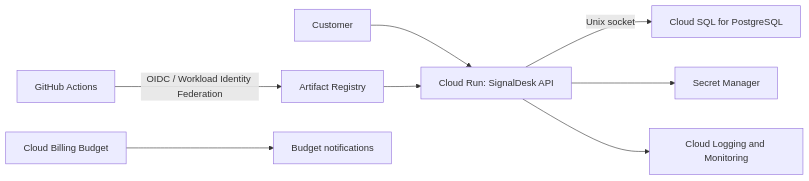
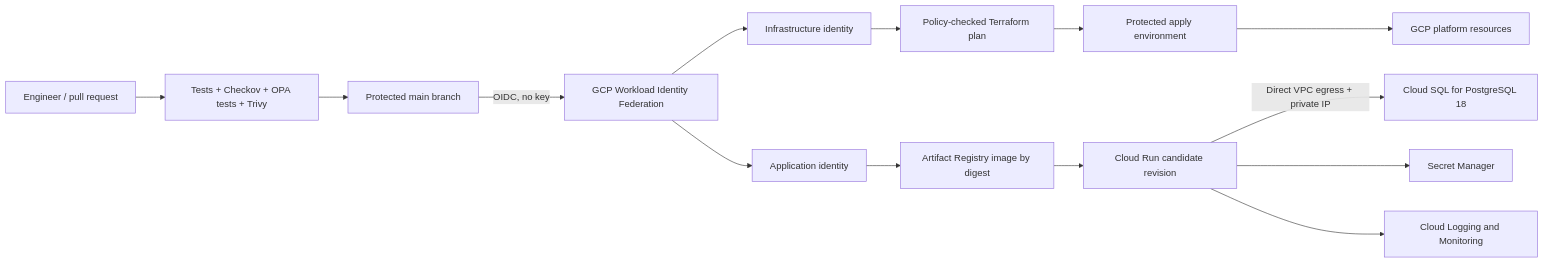
Before and after one commit to lucien95/signaldesk-cloud-launch: the diagram in README.md, drawn with Mermaid. The commit also changed other lines of this file and 40 other files, not shown here.

First line of the commit message:
Build production-grade SignalDesk cloud foundation

````diff
--- a/README.md
+++ b/README.md
@@ -27,10 +27,16 @@
 ```mermaid
 flowchart LR
-    U["Customer"] --> CR["Cloud Run: SignalDesk API"]
-    GH["GitHub Actions"] -->|"OIDC / Workload Identity Federation"| AR["Artifact Registry"]
-    AR --> CR
-    CR -->|"Unix socket"| SQL["Cloud SQL for PostgreSQL"]
+    DEV["Engineer / pull request"] --> GATES["Tests + Checkov + OPA tests + Trivy"]
+    GATES --> MAIN["Protected main branch"]
+    MAIN -->|"OIDC, no key"| WIF["GCP Workload Identity Federation"]
+    WIF --> TF["Infrastructure identity"]
+    WIF --> APP["Application identity"]
+    TF --> PLAN["Policy-checked Terraform plan"]
+    PLAN --> APPROVAL["Protected apply environment"]
+    APPROVAL --> GCP["GCP platform resources"]
+    APP --> AR["Artifact Registry image by digest"]
+    AR --> CR["Cloud Run candidate revision"]
+    CR -->|"Direct VPC egress + private IP"| SQL["Cloud SQL for PostgreSQL 18"]
     CR --> SM["Secret Manager"]
     CR --> LOG["Cloud Logging and Monitoring"]
-    BUDGET["Cloud Billing Budget"] --> ALERT["Budget notifications"]
 ```
````
